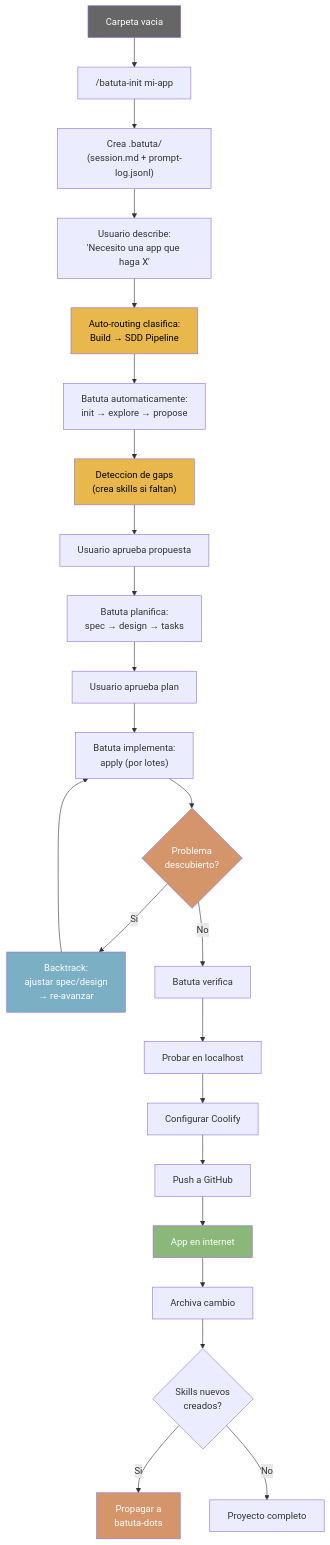
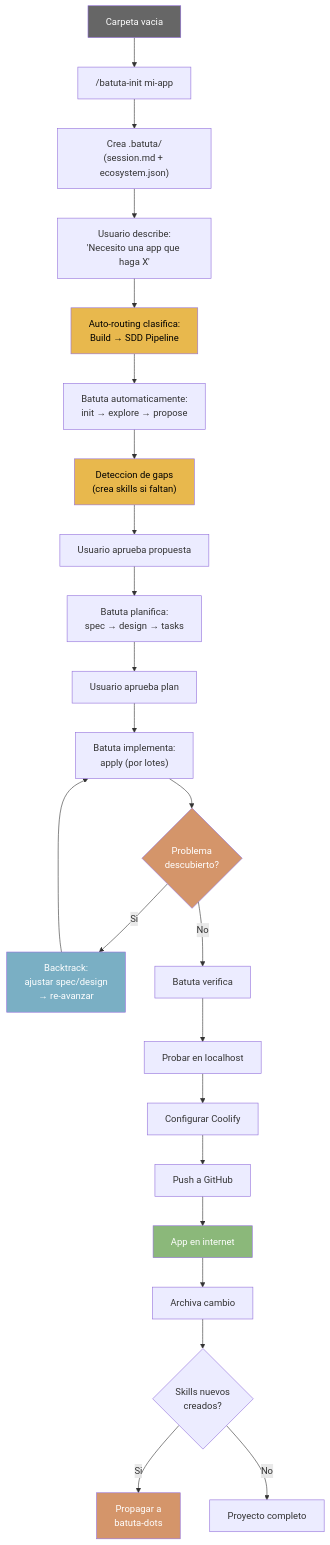
Diagram 16 of 23 in docs/architecture/arquitectura-diagrama.md (jota-batuta/batuta-dots), drawn with Mermaid before and after one commit. The commit also changed other lines of this file and 69 other files, not shown here.

First line of the commit message:
refactor: eliminate ecosystem overhead — prompt-tracker, skill-sync, dead hooks (v11.1)

````diff
--- a/docs/architecture/arquitectura-diagrama.md
+++ b/docs/architecture/arquitectura-diagrama.md
@@ -631,43 +569,43 @@
 ```mermaid
 flowchart TD
     EMPTY["Carpeta vacia"]
     INIT_CMD["/batuta-init mi-app"]
-    BATUTA_DIR["Crea .batuta/<br/>(session.md + prompt-log.jsonl)"]
+    BATUTA_DIR["Crea .batuta/<br/>(session.md + ecosystem.json)"]
     DESCRIBE["Usuario describe:<br/>'Necesito una app que haga X'"]
     AUTOROUTE["Auto-routing clasifica:<br/>Build → SDD Pipeline"]
     SDD_AUTO["Batuta automaticamente:<br/>init → explore → propose"]
     GAP["Deteccion de gaps<br/>(crea skills si faltan)"]
     APPROVAL["Usuario aprueba propuesta"]
     PLAN["Batuta planifica:<br/>spec → design → tasks"]
     APPROVAL2["Usuario aprueba plan"]
     SDD_APPLY["Batuta implementa:<br/>apply (por lotes)"]
     BACKTRACK{"Problema<br/>descubierto?"}
     RETHINK["Backtrack:<br/>ajustar spec/design<br/>→ re-avanzar"]
     SDD_VERIFY["Batuta verifica"]
     TEST["Probar en localhost"]
     DEPLOY["Configurar Coolify"]
     PUSH["Push a GitHub"]
     LIVE["App en internet"]
     SDD_ARCHIVE["Archiva cambio"]
     UPDATE{"Skills nuevos<br/>creados?"}
     PROPAGATE["Propagar a<br/>batuta-dots"]
 
     EMPTY --> INIT_CMD --> BATUTA_DIR --> DESCRIBE --> AUTOROUTE
     AUTOROUTE --> SDD_AUTO --> GAP --> APPROVAL
     APPROVAL --> PLAN --> APPROVAL2 --> SDD_APPLY
     SDD_APPLY --> BACKTRACK
     BACKTRACK -->|"Si"| RETHINK --> SDD_APPLY
     BACKTRACK -->|"No"| SDD_VERIFY
     SDD_VERIFY --> TEST --> DEPLOY --> PUSH --> LIVE
     LIVE --> SDD_ARCHIVE --> UPDATE
     UPDATE -->|"Si"| PROPAGATE
     UPDATE -->|"No"| FIN["Proyecto completo"]
 
     style EMPTY fill:#666,color:#fff
     style LIVE fill:#8BB87A,color:#fff
     style GAP fill:#E8B84D,color:#000
     style PROPAGATE fill:#D4956A,color:#fff
     style AUTOROUTE fill:#E8B84D,color:#000
     style BACKTRACK fill:#D4956A,color:#fff
     style RETHINK fill:#7AAFC4,color:#fff
 ```
````
